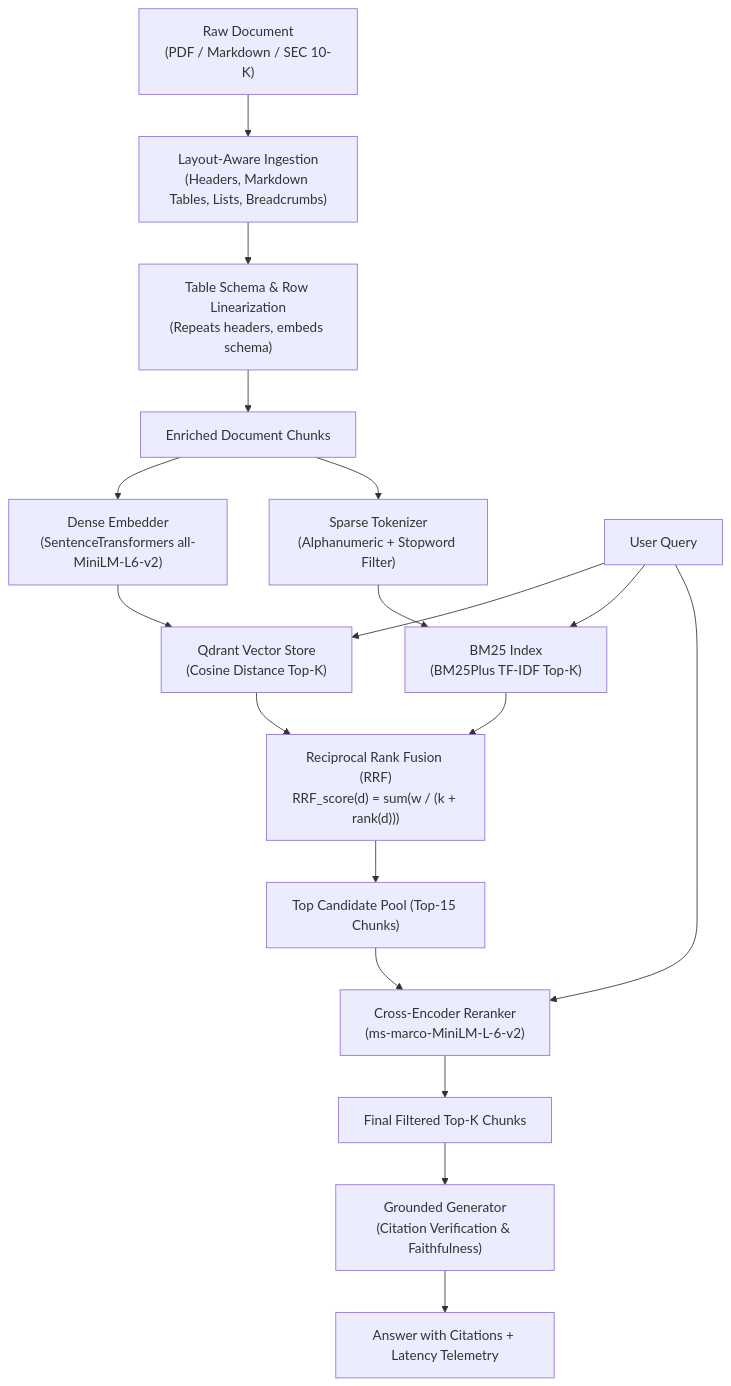
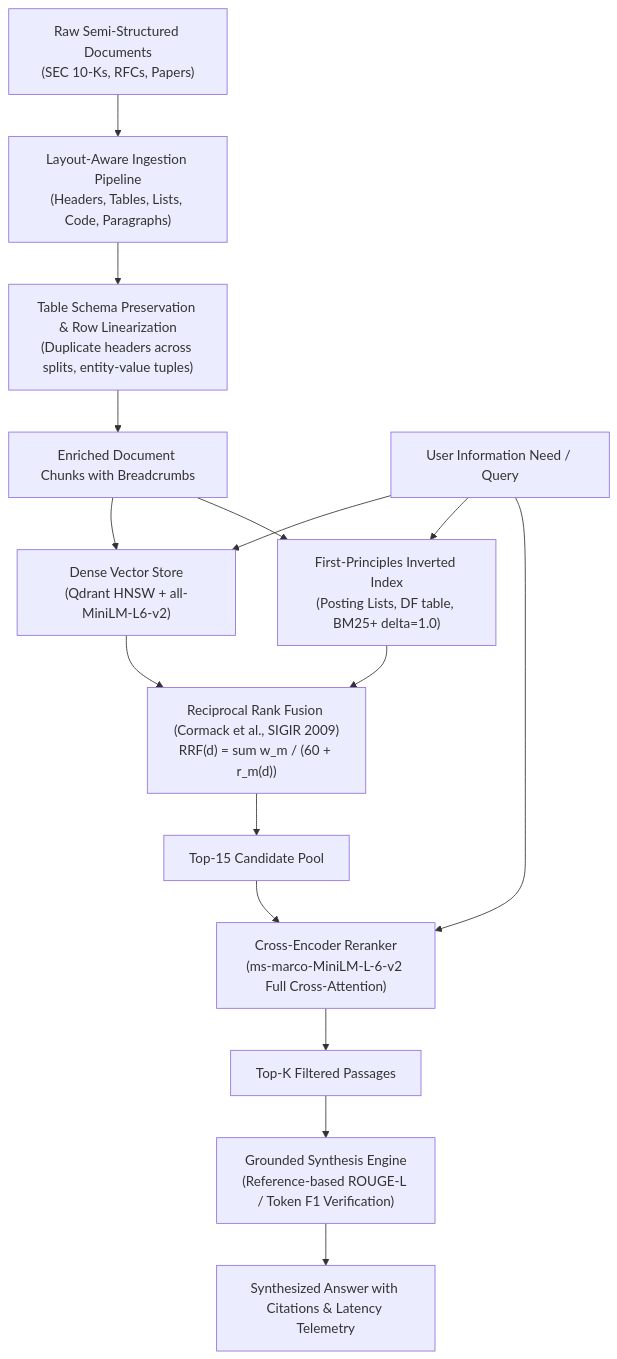
One commit to Coder-0X/advanced-hybrid-rag changed the diagram in README.md. Above: the diagram before and after it, drawn with Mermaid. The commit also changed other lines of this file and 26 other files, not shown here.

Commit message:
feat: first-principles inverted index, Cranfield TREC metrics, Wilcoxon/Fisher statistical tests, decoupled UI, and publication figures

````diff
--- a/README.md
+++ b/README.md
@@ -27,26 +19,23 @@
 ```mermaid
 flowchart TD
-    RawDoc["Raw Document\n(PDF / Markdown / SEC 10-K)"] --> LayoutParser["Layout-Aware Ingestion\n(Headers, Markdown Tables, Lists, Breadcrumbs)"]
-    LayoutParser --> TableSchema["Table Schema & Row Linearization\n(Repeats headers, embeds schema)"]
-    TableSchema --> Chunks["Enriched Document Chunks"]
+    RawDoc["Raw Semi-Structured Documents\n(SEC 10-Ks, RFCs, Papers)"] --> LayoutParser["Layout-Aware Ingestion Pipeline\n(Headers, Tables, Lists, Code, Paragraphs)"]
+    LayoutParser --> TableEngine["Table Schema Preservation & Row Linearization\n(Duplicate headers across splits, entity-value tuples)"]
+    TableEngine --> Chunks["Enriched Document Chunks with Breadcrumbs"]
     
-    Chunks --> Embed["Dense Embedder\n(SentenceTransformers all-MiniLM-L6-v2)"]
-    Chunks --> Tokenize["Sparse Tokenizer\n(Alphanumeric + Stopword Filter)"]
+    Chunks --> DenseStore["Dense Vector Store\n(Qdrant HNSW + all-MiniLM-L6-v2)"]
+    Chunks --> SparseIndex["First-Principles Inverted Index\n(Posting Lists, DF table, BM25+ delta=1.0)"]
     
-    Embed --> Qdrant["Qdrant Vector Store\n(Cosine Distance Top-K)"]
-    Tokenize --> BM25["BM25 Index\n(BM25Plus TF-IDF Top-K)"]
+    UserQuery["User Information Need / Query"] --> DenseStore
+    UserQuery --> SparseIndex
     
-    UserQuery["User Query"] --> Qdrant
-    UserQuery --> BM25
+    DenseStore --> RRF["Reciprocal Rank Fusion (Cormack et al., SIGIR 2009)\nRRF(d) = sum w_m / (60 + r_m(d))"]
+    SparseIndex --> RRF
     
-    Qdrant --> RRF["Reciprocal Rank Fusion (RRF)\nRRF_score(d) = sum(w / (k + rank(d)))"]
-    BM25 --> RRF
+    RRF --> Candidates["Top-15 Candidate Pool"]
+    UserQuery --> CrossEncoder["Cross-Encoder Reranker\n(ms-marco-MiniLM-L-6-v2 Full Cross-Attention)"]
+    Candidates --> CrossEncoder
     
-    RRF --> Candidates["Top Candidate Pool (Top-15 Chunks)"]
-    UserQuery --> CrossEnc["Cross-Encoder Reranker\n(ms-marco-MiniLM-L-6-v2)"]
-    Candidates --> CrossEnc
-    
-    CrossEnc --> TopK["Final Filtered Top-K Chunks"]
-    TopK --> Generator["Grounded Generator\n(Citation Verification & Faithfulness)"]
-    Generator --> Response["Answer with Citations + Latency Telemetry"]
+    CrossEncoder --> TopK["Top-K Filtered Passages"]
+    TopK --> Generator["Grounded Synthesis Engine\n(Reference-based ROUGE-L / Token F1 Verification)"]
+    Generator --> Response["Synthesized Answer with Citations & Latency Telemetry"]
 ```
````
